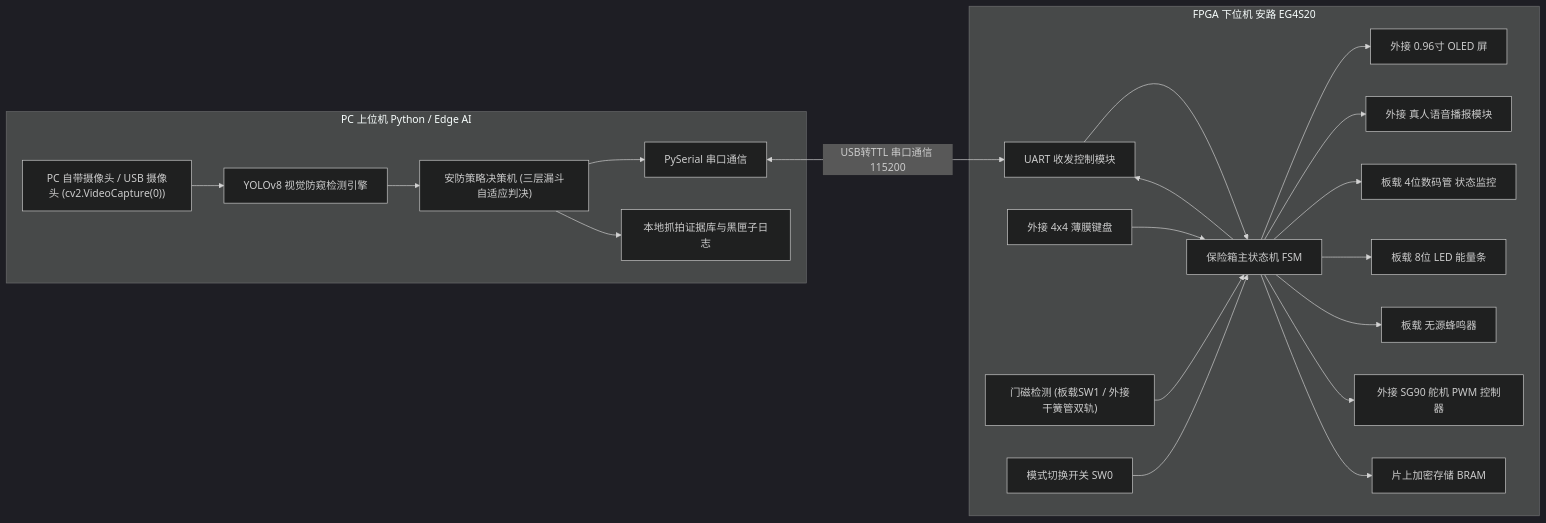
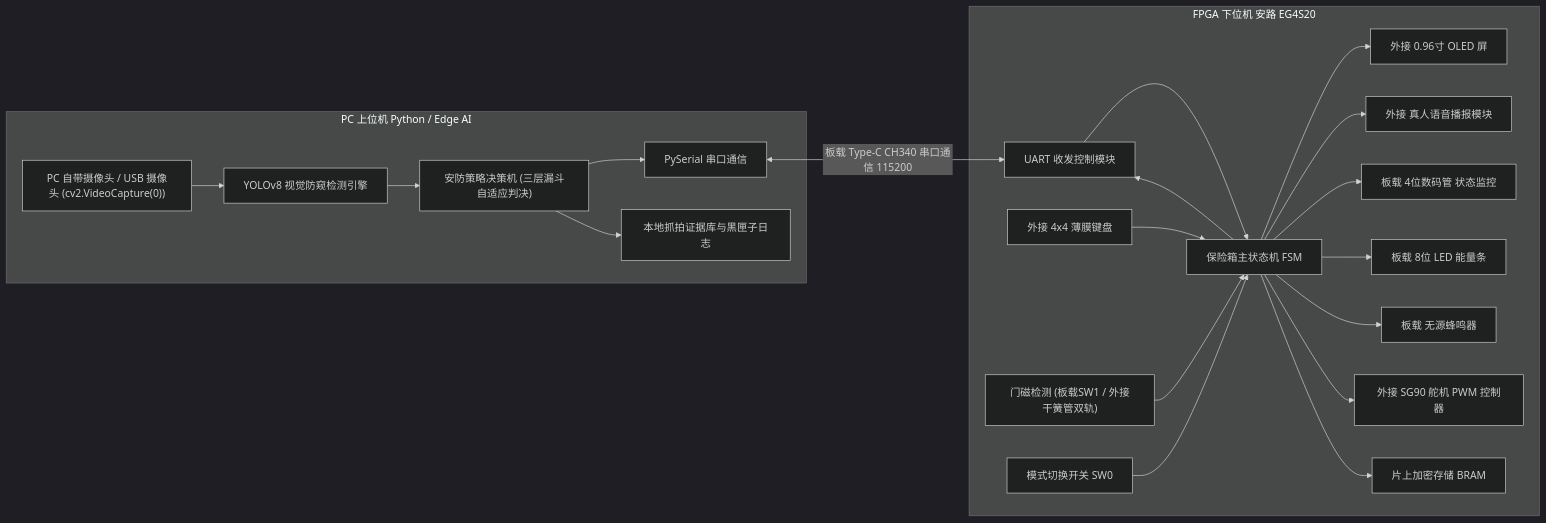
One commit to no-more-human/FPGA-AntiPeep-CipherLock changed the first of 3 diagrams in plan.md. Above: the diagram before and after it, drawn with Mermaid (dark theme). The commit also changed other lines of this file and 20 other files, not shown here.

````diff
--- a/plan.md
+++ b/plan.md
@@ -14,29 +14,29 @@
 ```mermaid
 flowchart LR
     subgraph PC_Side ["PC 上位机 Python / Edge AI"]
         USB_CAM["PC 自带摄像头 / USB 摄像头 (cv2.VideoCapture(0))"] --> YOLO["YOLOv8 视觉防窥检测引擎"]
         YOLO --> Decision["安防策略决策机 (三层漏斗自适应判决)"]
         Decision --> PY_UART["PySerial 串口通信"]
         Decision --> Logger["本地抓拍证据库与黑匣子日志"]
     end
 
     subgraph FPGA_Side ["FPGA 下位机 安路 EG4S20"]
         FPGA_UART["UART 收发控制模块"] --> MainFSM["保险箱主状态机 FSM"]
         MainFSM --> FPGA_UART
 
         Keypad_Ext["外接 4x4 薄膜键盘"] --> MainFSM
         Door_Sensor["门磁检测 (板载SW1 / 外接干簧管双轨)"] --> MainFSM
         Mode_SW["模式切换开关 SW0"] --> MainFSM
 
         MainFSM --> OLED["外接 0.96寸 OLED 屏"]
         MainFSM --> Voice["外接 真人语音播报模块"]
         MainFSM --> Digitron["板载 4位数码管 状态监控"]
         MainFSM --> LED_Bar["板载 8位 LED 能量条"]
         MainFSM --> Buzzer["板载 无源蜂鸣器"]
 
         MainFSM --> PWM_Servo["外接 SG90 舵机 PWM 控制器"]
         MainFSM --> SecStorage["片上加密存储 BRAM"]
     end
 
-    PY_UART <-->|USB转TTL 串口通信 115200| FPGA_UART
+    PY_UART <-->|板载 Type-C CH340 串口通信 115200| FPGA_UART
 ```
````
